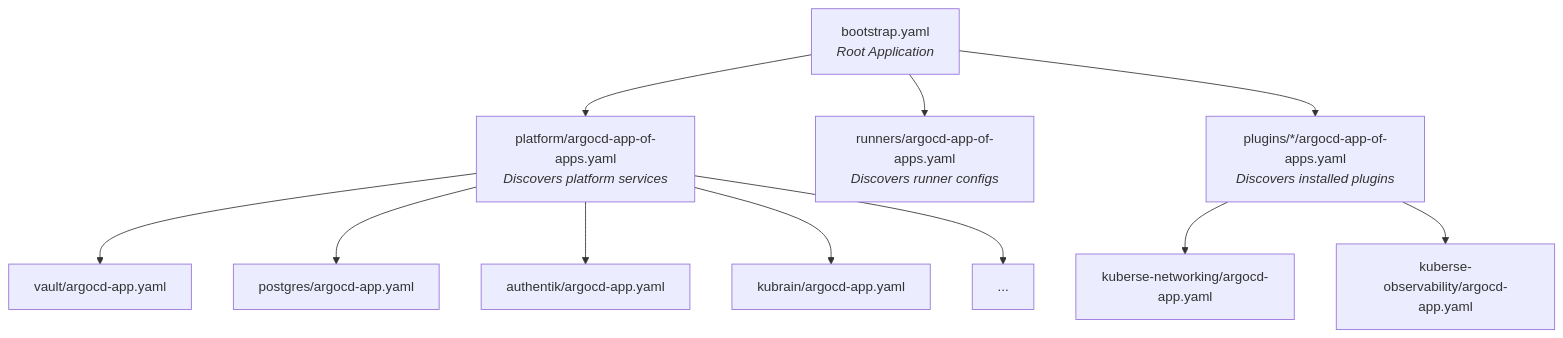
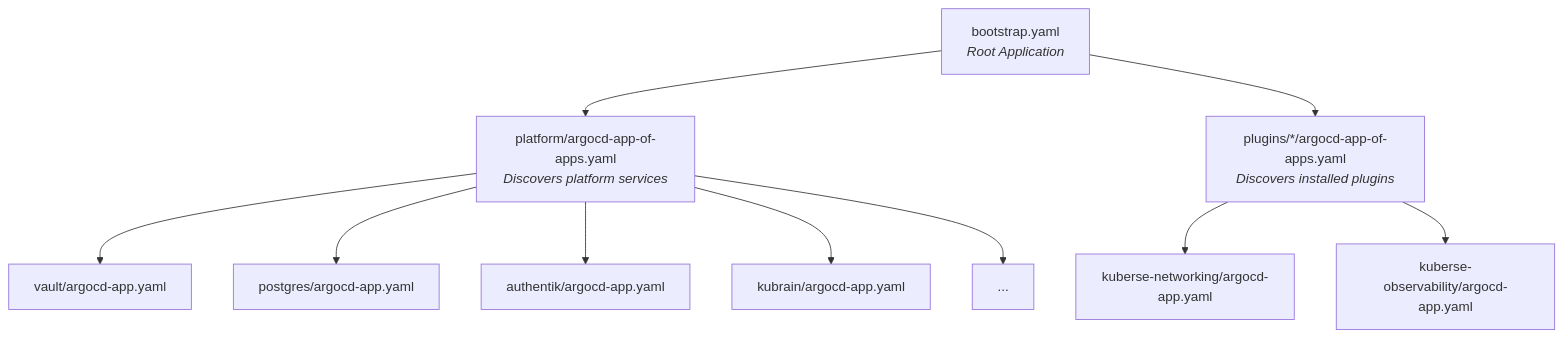
Before and after one commit to MarioAPGS/kuberse: the first of 2 diagrams in docs/concepts/gitops-flow.md, drawn with Mermaid. The commit also changed other lines of this file and 19 other files, not shown here.

````diff
--- a/docs/concepts/gitops-flow.md
+++ b/docs/concepts/gitops-flow.md
@@ -11,17 +11,16 @@
 ```mermaid
 graph TD
     Bootstrap["bootstrap.yaml<br/><i>Root Application</i>"]
     
     Bootstrap --> PlatformAoA["platform/argocd-app-of-apps.yaml<br/><i>Discovers platform services</i>"]
-    Bootstrap --> RunnersAoA["runners/argocd-app-of-apps.yaml<br/><i>Discovers runner configs</i>"]
     Bootstrap --> PluginAoA["plugins/*/argocd-app-of-apps.yaml<br/><i>Discovers installed plugins</i>"]
     
     PlatformAoA --> Vault["vault/argocd-app.yaml"]
     PlatformAoA --> PG["postgres/argocd-app.yaml"]
     PlatformAoA --> Auth["authentik/argocd-app.yaml"]
     PlatformAoA --> Kubrain["kubrain/argocd-app.yaml"]
     PlatformAoA --> More["..."]
     
     PluginAoA --> NetApp["kuberse-networking/argocd-app.yaml"]
     PluginAoA --> ObsApp["kuberse-observability/argocd-app.yaml"]
 ```
````
